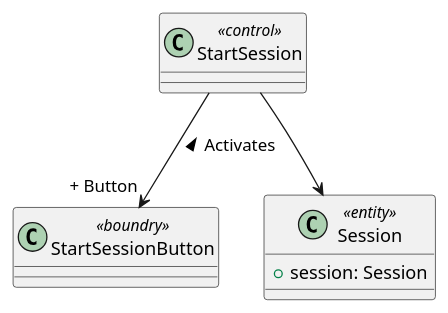
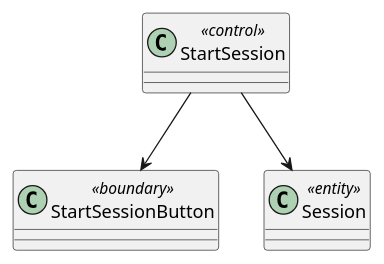
The second of 2 diagrams in Use Cases/StartSession.iuml (bmb0136/COMP-3700-Project), drawn with PlantUML before and after one commit. The commit also changed 1 other file, not shown here.

```diff
--- a/Use Cases/StartSession.iuml
+++ b/Use Cases/StartSession.iuml
@@ -28,9 +28,7 @@
 @startuml StartSession Object
 class StartSession <<control>>
-class StartSessionButton <<boundry>>
-class Session <<entity>>{
-  + session: Session
-}
-StartSession --> "+ Button" StartSessionButton: Activates <
+class StartSessionButton <<boundary>>
+class Session <<entity>>
+StartSession --> StartSessionButton
 StartSession --> Session
 @enduml
```
